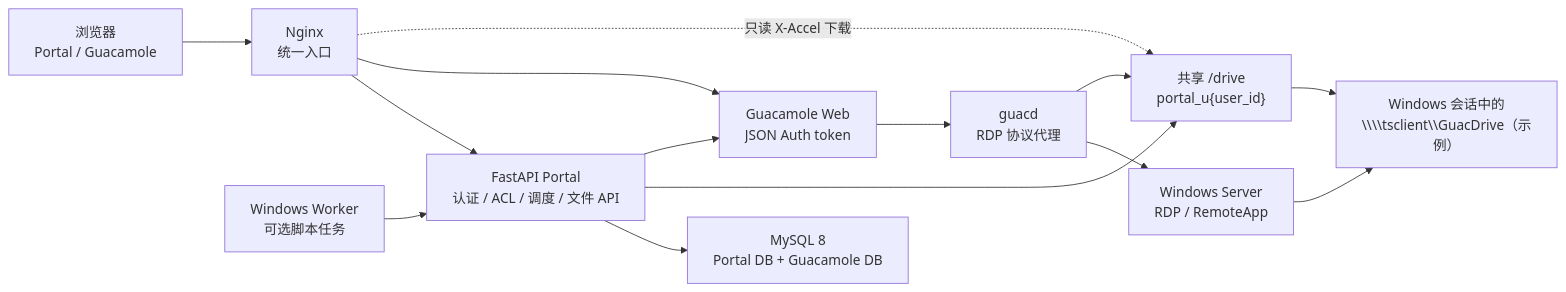
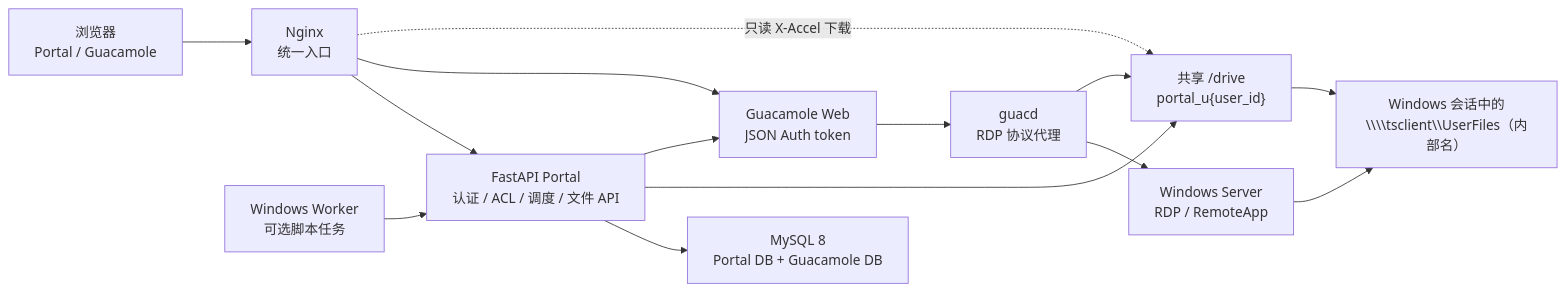
Before and after one commit to MagicXran/gucamole_app: the first of 5 diagrams in README.md, drawn with Mermaid. The commit also changed other lines of this file and 33 other files, not shown here.

````diff
--- a/README.md
+++ b/README.md
@@ -74,16 +74,16 @@
 ```mermaid
 flowchart LR
     Browser["浏览器\nPortal / Guacamole"] --> Nginx["Nginx\n统一入口"]
     Nginx --> Portal["FastAPI Portal\n认证 / ACL / 调度 / 文件 API"]
     Nginx --> GuacWeb["Guacamole Web\nJSON Auth token"]
     Portal --> MySQL["MySQL 8\nPortal DB + Guacamole DB"]
     Portal --> Drive["共享 /drive\nportal_u{user_id}"]
     Portal --> GuacWeb
     GuacWeb --> Guacd["guacd\nRDP 协议代理"]
     Guacd --> WindowsHost["Windows Server\nRDP / RemoteApp"]
     Guacd --> Drive
     Nginx -. "只读 X-Accel 下载" .-> Drive
-    Drive --> GuacDrive["Windows 会话中的\n\\\\tsclient\\GuacDrive（示例）"]
-    WindowsHost --> GuacDrive
+    Drive --> UserFiles["Windows 会话中的\n\\\\tsclient\\UserFiles（内部名）"]
+    WindowsHost --> UserFiles
     Worker["Windows Worker\n可选脚本任务"] --> Portal
 ```
````
